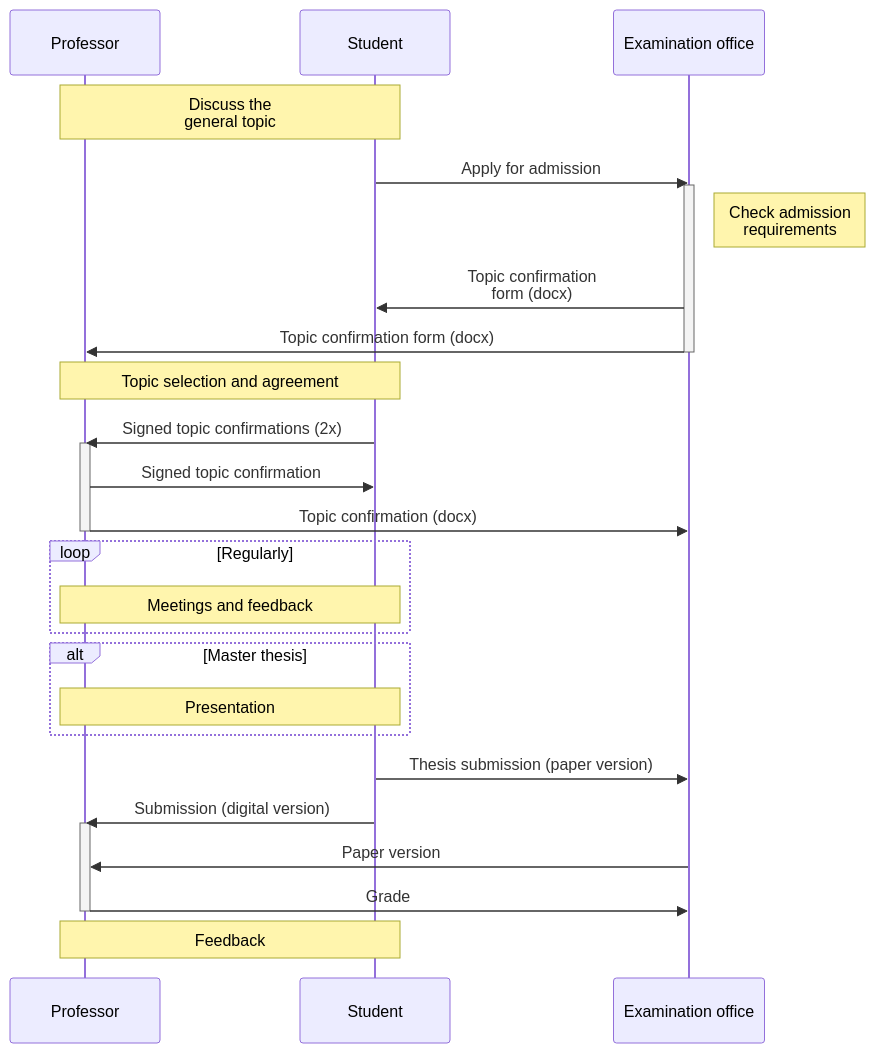
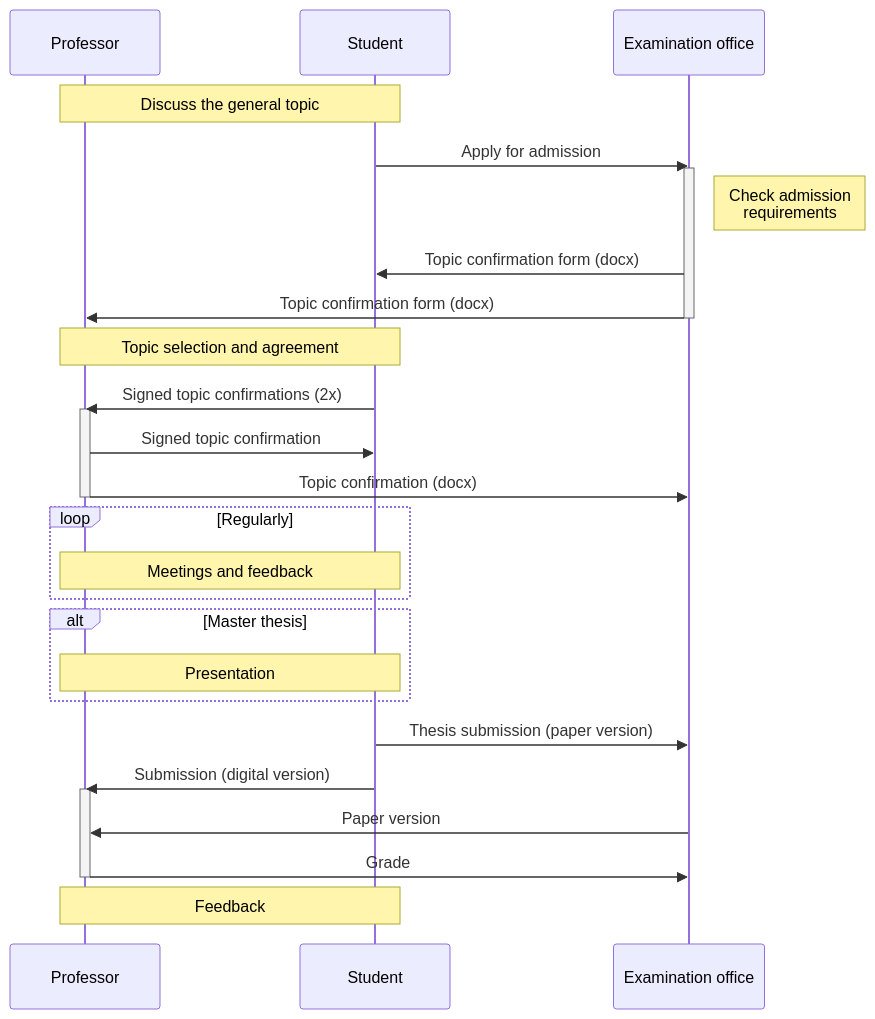
Before and after one commit to digital-work-lab/handbook: the diagram in docs/teaching/theses.md, drawn with Mermaid.

````diff
--- a/docs/teaching/theses.md
+++ b/docs/teaching/theses.md
@@ -12,29 +12,29 @@
 ```mermaid
 sequenceDiagram
-    Note over Professor,Student: Discuss the<br/>general topic
+    Note over Professor,Student: Discuss the general topic
     Student->>Examination office: Apply for admission
     activate Examination office
     Note right of Examination office: Check admission<br/>requirements
-    Examination office->>Student: Topic confirmation<br/>form (docx)
+    Examination office->>Student: Topic confirmation form (docx)
     Examination office->>Professor: Topic confirmation form (docx)
     deactivate Examination office
     Note over Professor,Student: Topic selection and agreement
     Student->>Professor: Signed topic confirmations (2x)
     activate Professor
     Professor->>Student: Signed topic confirmation
     Professor->>Examination office: Topic confirmation (docx)
     deactivate Professor
     loop Regularly
         Note over Professor,Student: Meetings and feedback
     end
     alt Master thesis
         Note over Professor,Student: Presentation
     end
     Student->>Examination office: Thesis submission (paper version)
     Student->>Professor: Submission (digital version)
     activate Professor
     Examination office->>Professor: Paper version
     Professor->>Examination office: Grade
     deactivate Professor
     Note over Professor,Student: Feedback
 ```
````
